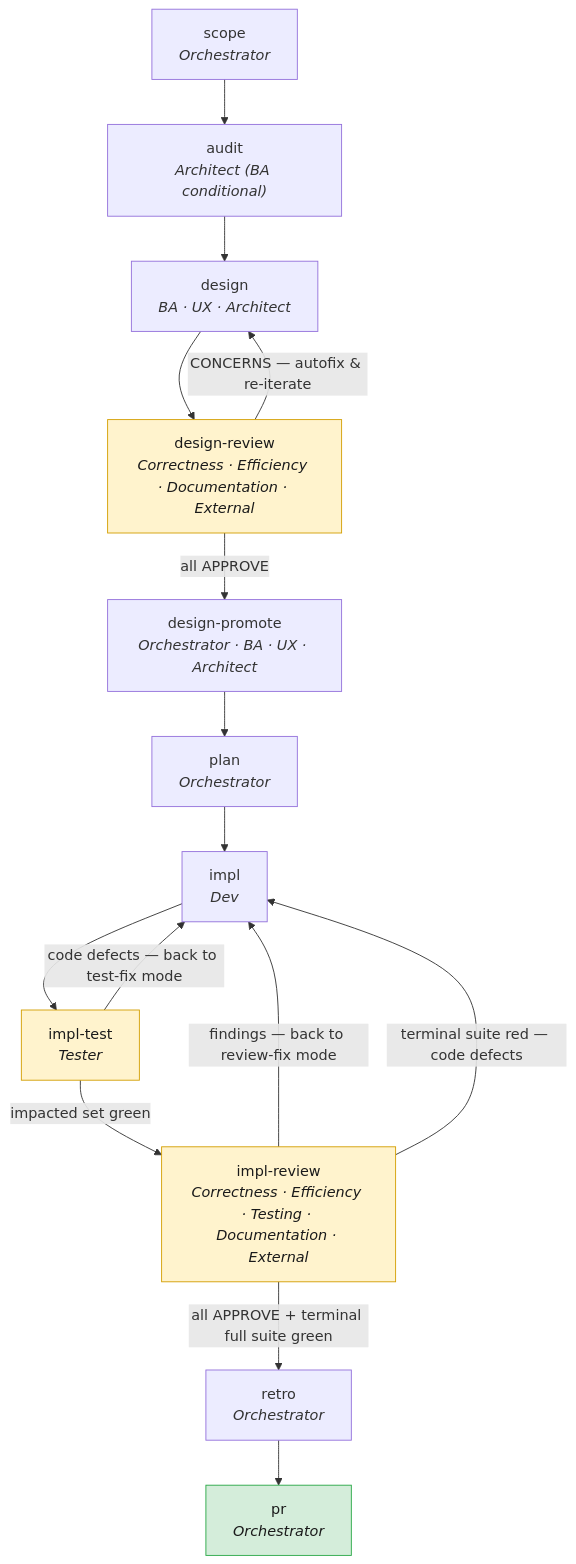
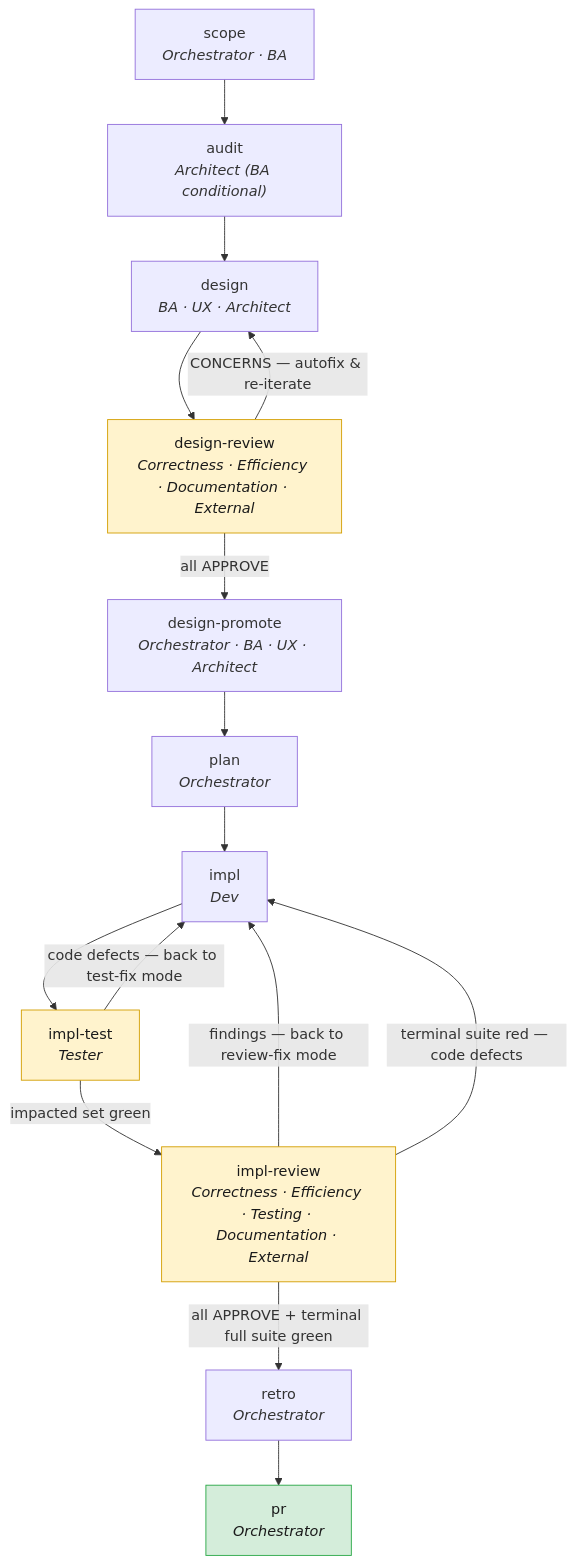
One commit to LordKuper/agentic-software-development changed the diagram in README.md. Above: the diagram before and after it, drawn with Mermaid. The commit also changed other lines of this file and 163 other files, not shown here.

````diff
--- a/README.md
+++ b/README.md
@@ -157,22 +157,22 @@
 ```mermaid
 flowchart TD
-    scope["scope<br/><i>Orchestrator</i>"] --> audit["audit<br/><i>Architect (BA conditional)</i>"]
+    scope["scope<br/><i>Orchestrator · BA</i>"] --> audit["audit<br/><i>Architect (BA conditional)</i>"]
     audit --> design["design<br/><i>BA · UX · Architect</i>"]
     design --> dreview["design-review<br/><i>Correctness · Efficiency · Documentation · External</i>"]
     dreview -->|CONCERNS — autofix & re-iterate| design
     dreview -->|all APPROVE| dpromote["design-promote<br/><i>Orchestrator · BA · UX · Architect</i>"]
     dpromote --> plan["plan<br/><i>Orchestrator</i>"]
     plan --> impl["impl<br/><i>Dev</i>"]
     impl --> itest["impl-test<br/><i>Tester</i>"]
     itest -->|code defects — back to test-fix mode| impl
     itest -->|impacted set green| ireview["impl-review<br/><i>Correctness · Efficiency · Testing · Documentation · External</i>"]
     ireview -->|findings — back to review-fix mode| impl
     ireview -->|terminal suite red — code defects| impl
     ireview -->|all APPROVE + terminal full suite green| retro["retro<br/><i>Orchestrator</i>"]
     retro --> pr["pr<br/><i>Orchestrator</i>"]
 
     classDef review fill:#fff3cd,stroke:#d39e00,color:#1a1a1a;
     classDef done fill:#d4edda,stroke:#28a745,color:#1a1a1a;
     class dreview,ireview,itest review;
     class pr done;
 ```
````
